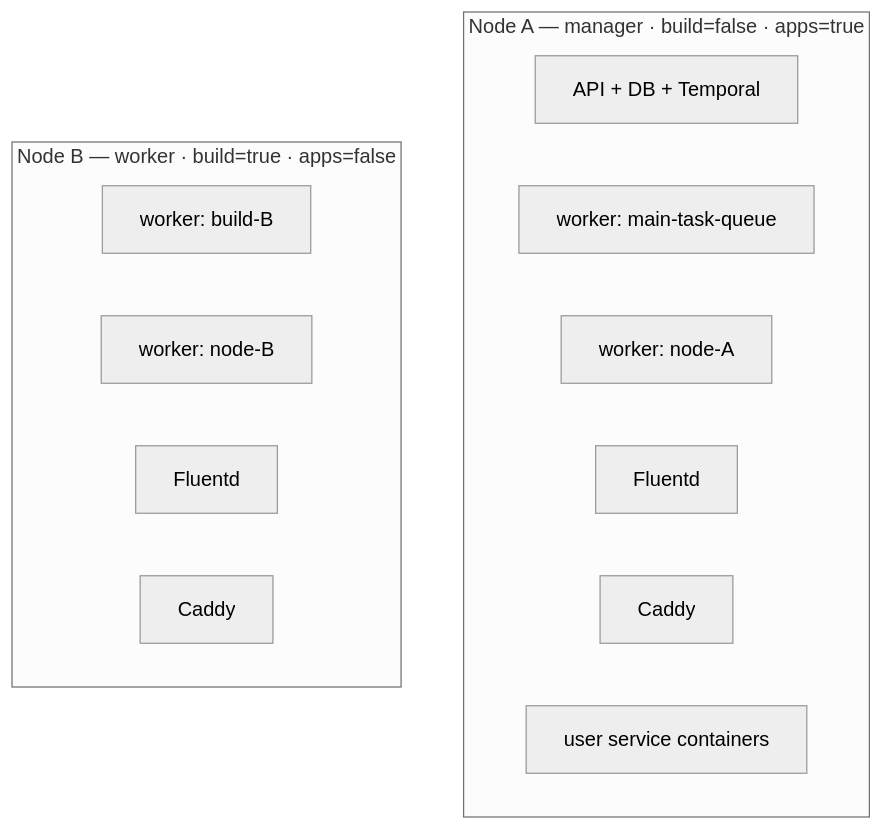
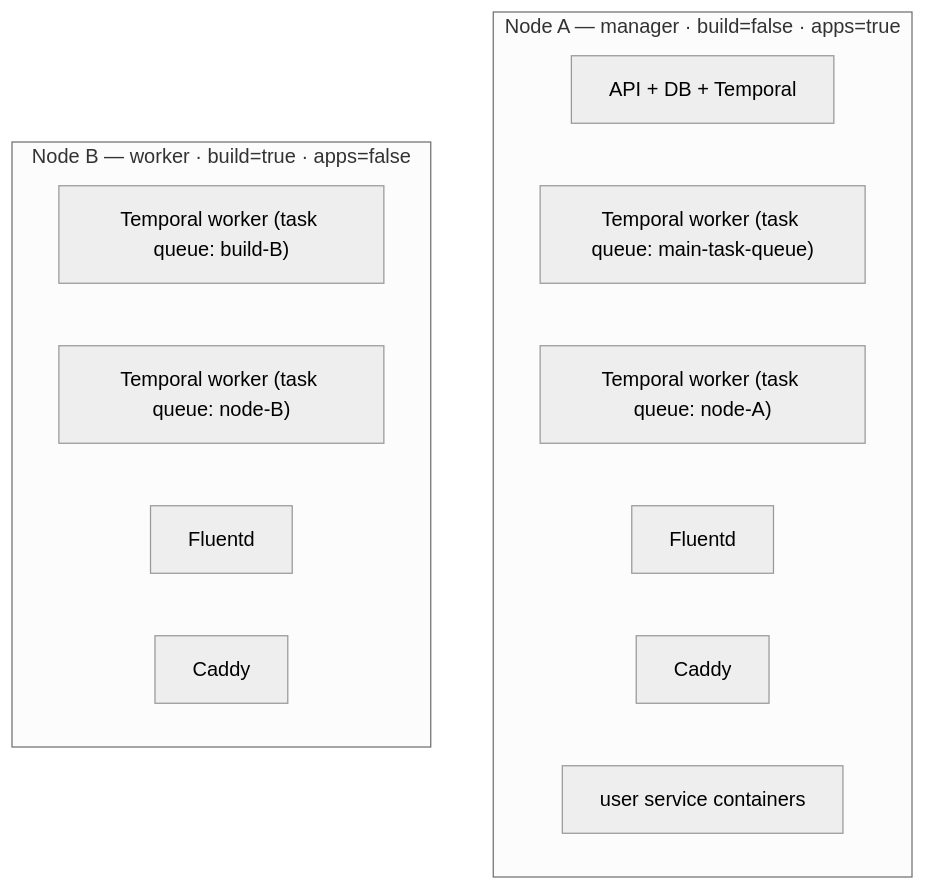
One commit to zane-ops/zane-ops changed the second of 4 diagrams in backend/notes/multi-server-plan.md. Above: the diagram before and after it, drawn with Mermaid (neutral theme). The commit also changed other lines of this file, not shown here.

````diff
--- a/backend/notes/multi-server-plan.md
+++ b/backend/notes/multi-server-plan.md
@@ -320,17 +320,17 @@
 ```mermaid
 flowchart TB
     subgraph A["Node A — manager · build=false · apps=true"]
         api["API + DB + Temporal"]
-        mainq["worker: main-task-queue"]
-        nodeqA["worker: node-A"]
+        mainq["Temporal worker (task queue: main-task-queue)"]
+        nodeqA["Temporal worker (task queue: node-A)"]
         fluentdA["Fluentd"]
         caddyA["Caddy"]
         apps["user service containers"]
     end
     subgraph B["Node B — worker · build=true · apps=false"]
-        buildq["worker: build-B"]
-        nodeqB["worker: node-B"]
+        buildq["Temporal worker (task queue: build-B)"]
+        nodeqB["Temporal worker (task queue: node-B)"]
         fluentdB["Fluentd"]
         caddyB["Caddy"]
     end
 ```
````
